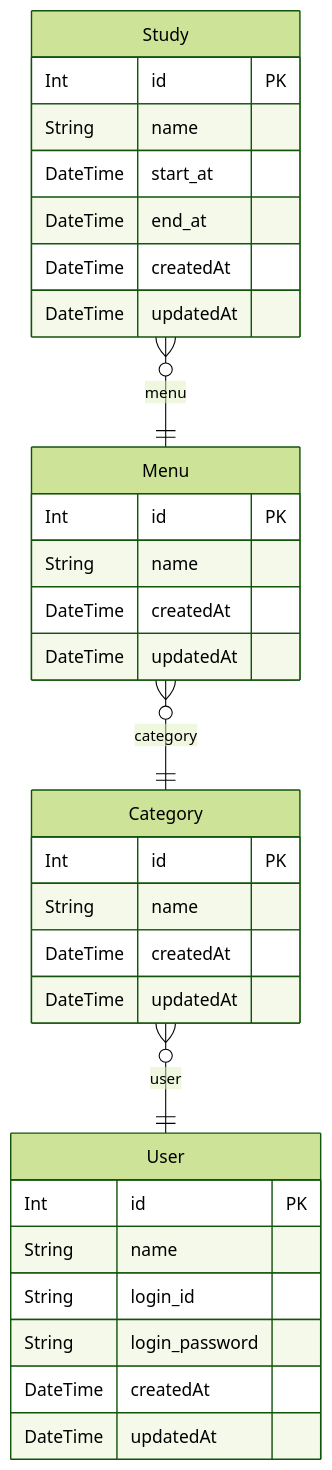
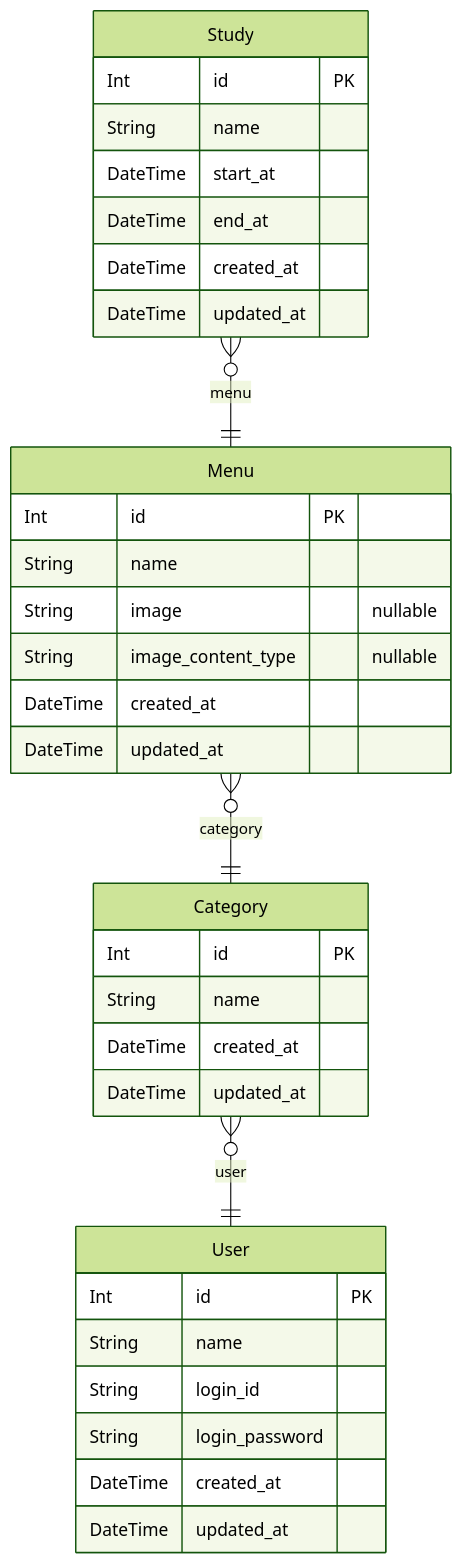
The diagram in server/prisma/scheme.md (lsptt5271/study-hack), drawn with Mermaid (forest theme) before and after one commit. The commit also changed 56 other files, not shown here.

````diff
--- a/server/prisma/scheme.md
+++ b/server/prisma/scheme.md
@@ -1,42 +1,44 @@
 ```mermaid
 erDiagram
 
   User {
     Int id PK 
     String name  
     String login_id  
     String login_password  
-    DateTime createdAt  
-    DateTime updatedAt  
+    DateTime created_at  
+    DateTime updated_at  
     }
   
 
   Category {
     Int id PK 
     String name  
-    DateTime createdAt  
-    DateTime updatedAt  
+    DateTime created_at  
+    DateTime updated_at  
     }
   
 
   Menu {
     Int id PK 
     String name  
-    DateTime createdAt  
-    DateTime updatedAt  
+    String image  "nullable"
+    String image_content_type  "nullable"
+    DateTime created_at  
+    DateTime updated_at  
     }
   
 
   Study {
     Int id PK 
     String name  
     DateTime start_at  
     DateTime end_at  
-    DateTime createdAt  
-    DateTime updatedAt  
+    DateTime created_at  
+    DateTime updated_at  
     }
   
     Category o{--|| User : "user"
     Menu o{--|| Category : "category"
     Study o{--|| Menu : "menu"
 ```
````
